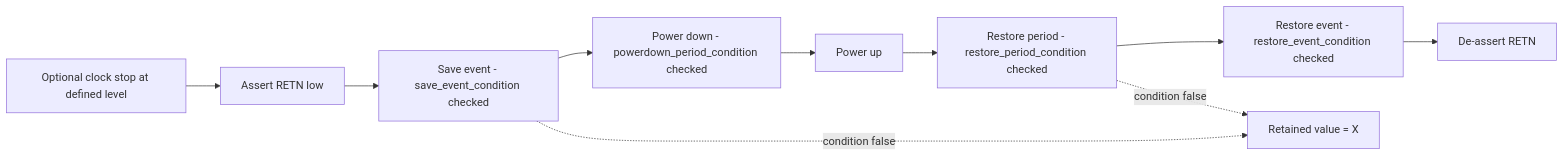
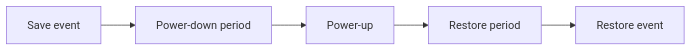
The diagram in docs/papers/ref-20261018-e797-future-proofing-power-intent-specification-through-unified-p.md (nemo99007/yt-paper), drawn with Mermaid before and after one commit. The commit also changed other lines of this file and 172 other files, not shown here.

````diff
--- a/docs/papers/ref-20261018-e797-future-proofing-power-intent-specification-through-unified-p.md
+++ b/docs/papers/ref-20261018-e797-future-proofing-power-intent-specification-through-unified-p.md
@@ -250,12 +199,7 @@
 ```mermaid
 flowchart LR
-  A[Optional clock stop at defined level] --> B[Assert RETN low]
-  B --> C[Save event - save_event_condition checked]
-  C --> D[Power down - powerdown_period_condition checked]
-  D --> E[Power up]
-  E --> F[Restore period - restore_period_condition checked]
-  F --> G[Restore event - restore_event_condition checked]
-  G --> H[De-assert RETN]
-  C -. condition false .-> X[Retained value = X]
-  F -. condition false .-> X
+  A[Save event] --> B[Power-down period]
+  B --> C[Power-up]
+  C --> D[Restore period]
+  D --> E[Restore event]
 ```
````
